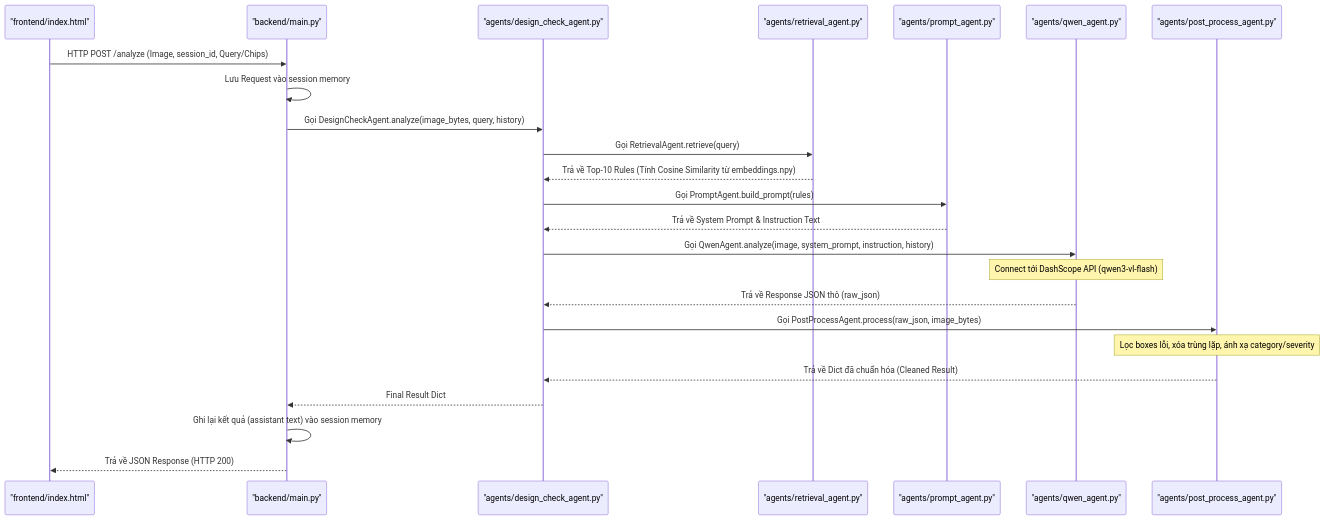
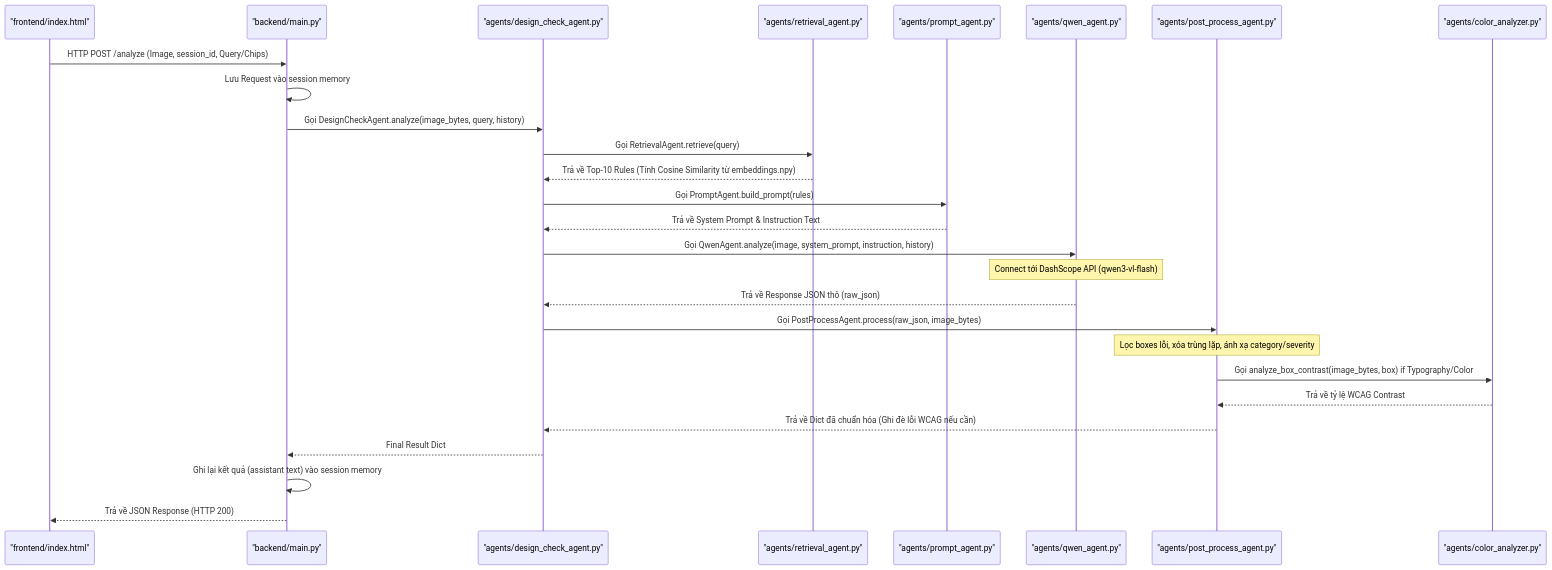
The first of 2 diagrams in flow.md (vuongdenchoi/qwenv3), drawn with Mermaid before and after one commit. The commit also changed other lines of this file and 1 other file, not shown here.

Commit message:
docs: update architecture flow and docs to reflect WCAG color analyzer integration

````diff
--- a/flow.md
+++ b/flow.md
@@ -90,24 +90,26 @@
 ```mermaid
 sequenceDiagram
     "frontend/index.html"->>"backend/main.py": HTTP POST /analyze (Image, session_id, Query/Chips)
     "backend/main.py"->>"backend/main.py": Lưu Request vào session memory
     "backend/main.py"->>"agents/design_check_agent.py": Gọi DesignCheckAgent.analyze(image_bytes, query, history)
     
     "agents/design_check_agent.py"->>"agents/retrieval_agent.py": Gọi RetrievalAgent.retrieve(query)
     "agents/retrieval_agent.py"-->>"agents/design_check_agent.py": Trả về Top-10 Rules (Tính Cosine Similarity từ embeddings.npy)
     
     "agents/design_check_agent.py"->>"agents/prompt_agent.py": Gọi PromptAgent.build_prompt(rules)
     "agents/prompt_agent.py"-->>"agents/design_check_agent.py": Trả về System Prompt & Instruction Text
     
     "agents/design_check_agent.py"->>"agents/qwen_agent.py": Gọi QwenAgent.analyze(image, system_prompt, instruction, history)
     Note over "agents/qwen_agent.py": Connect tới DashScope API (qwen3-vl-flash)
     "agents/qwen_agent.py"-->>"agents/design_check_agent.py": Trả về Response JSON thô (raw_json)
     
     "agents/design_check_agent.py"->>"agents/post_process_agent.py": Gọi PostProcessAgent.process(raw_json, image_bytes)
     Note over "agents/post_process_agent.py": Lọc boxes lỗi, xóa trùng lặp, ánh xạ category/severity
-    "agents/post_process_agent.py"-->>"agents/design_check_agent.py": Trả về Dict đã chuẩn hóa (Cleaned Result)
+    "agents/post_process_agent.py"->>"agents/color_analyzer.py": Gọi analyze_box_contrast(image_bytes, box) if Typography/Color
+    "agents/color_analyzer.py"-->>"agents/post_process_agent.py": Trả về tỷ lệ WCAG Contrast
+    "agents/post_process_agent.py"-->>"agents/design_check_agent.py": Trả về Dict đã chuẩn hóa (Ghi đè lỗi WCAG nếu cần)
     
     "agents/design_check_agent.py"-->>"backend/main.py": Final Result Dict
     "backend/main.py"->>"backend/main.py": Ghi lại kết quả (assistant text) vào session memory
     "backend/main.py"-->>"frontend/index.html": Trả về JSON Response (HTTP 200)
 ```
````
